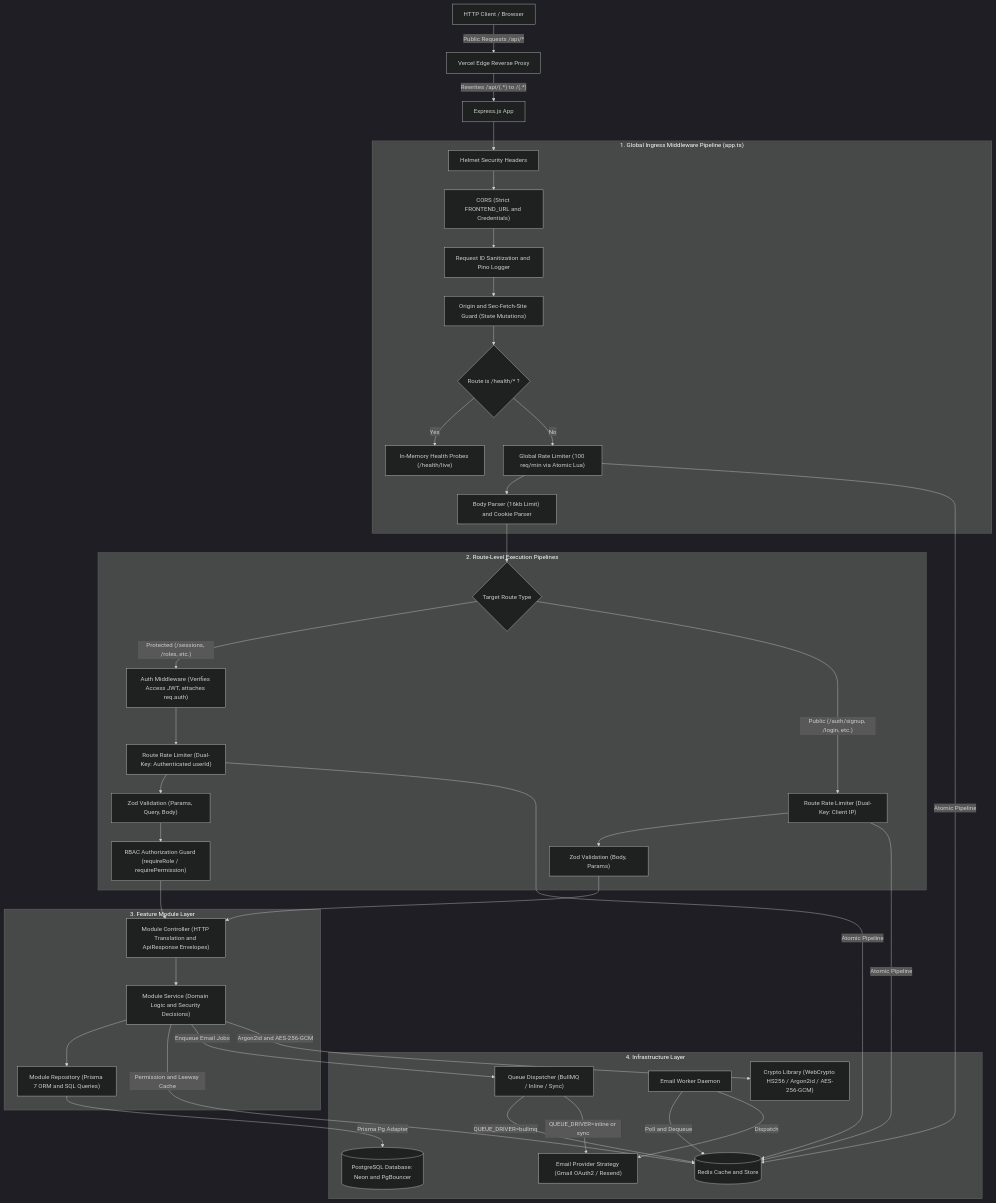
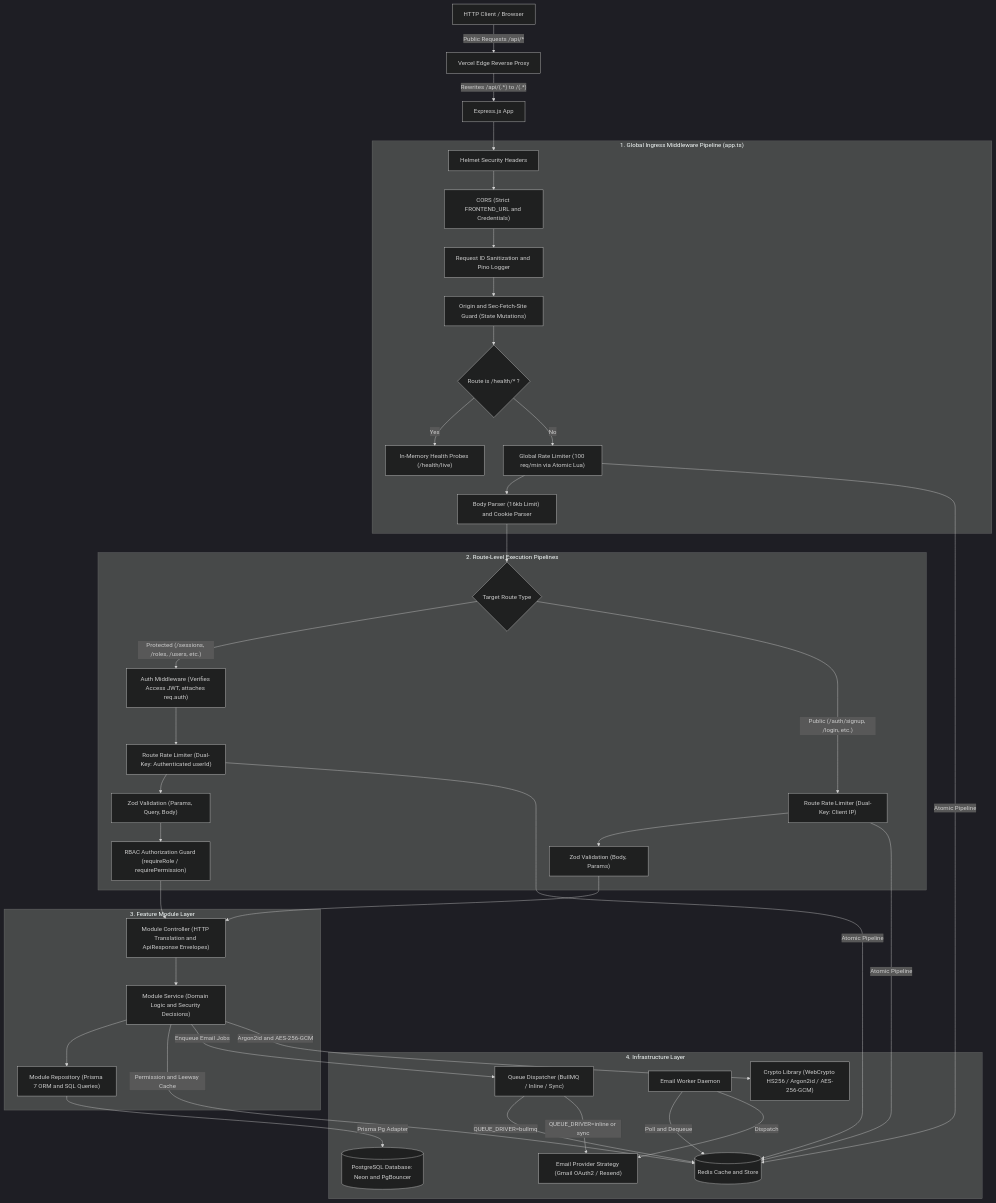
Before and after one commit to utkarshj014/authsphere: the first of 9 diagrams in docs/ARCHITECTURE.md, drawn with Mermaid (dark theme). The commit also changed other lines of this file and 23 other files, not shown here.

````diff
--- a/docs/ARCHITECTURE.md
+++ b/docs/ARCHITECTURE.md
@@ -56,80 +56,80 @@
 ```mermaid
 flowchart TD
     Client["HTTP Client / Browser"] -->|"Public Requests /api/*"| Vercel["Vercel Edge Reverse Proxy"]
     Vercel -->|"Rewrites /api/(.*) to /(.*)"| Express["Express.js App"]
 
     subgraph GlobalPipeline ["1. Global Ingress Middleware Pipeline (app.ts)"]
         Helmet["Helmet Security Headers"]
         CORS["CORS (Strict FRONTEND_URL and Credentials)"]
         ReqID["Request ID Sanitization and Pino Logger"]
         OriginGuard["Origin and Sec-Fetch-Site Guard (State Mutations)"]
         HealthBypass{"Route is /health/* ?"}
         HealthHandler["In-Memory Health Probes (/health/live)"]
         GlobalRL["Global Rate Limiter (100 req/min via Atomic Lua)"]
         BodyParser["Body Parser (16kb Limit) and Cookie Parser"]
 
         Helmet --> CORS
         CORS --> ReqID
         ReqID --> OriginGuard
         OriginGuard --> HealthBypass
         HealthBypass -->|"Yes"| HealthHandler
         HealthBypass -->|"No"| GlobalRL
         GlobalRL --> BodyParser
     end
 
     subgraph RoutePipelines ["2. Route-Level Execution Pipelines"]
         Router{"Target Route Type"}
 
         AuthGuard["Auth Middleware (Verifies Access JWT, attaches req.auth)"]
         UserRL["Route Rate Limiter (Dual-Key: Authenticated userId)"]
         ZodValProtected["Zod Validation (Params, Query, Body)"]
         RBACGuard["RBAC Authorization Guard (requireRole / requirePermission)"]
 
         IPRL["Route Rate Limiter (Dual-Key: Client IP)"]
         ZodValPublic["Zod Validation (Body, Params)"]
 
-        Router -->|"Protected (/sessions, /roles, etc.)"| AuthGuard
+        Router -->|"Protected (/sessions, /roles, /users, etc.)"| AuthGuard
         AuthGuard --> UserRL
         UserRL --> ZodValProtected
         ZodValProtected --> RBACGuard
 
         Router -->|"Public (/auth/signup, /login, etc.)"| IPRL
         IPRL --> ZodValPublic
     end
 
     subgraph FeatureLayer ["3. Feature Module Layer"]
         Controller["Module Controller (HTTP Translation and ApiResponse Envelopes)"]
         Service["Module Service (Domain Logic and Security Decisions)"]
         Repository["Module Repository (Prisma 7 ORM and SQL Queries)"]
 
         Controller --> Service
         Service --> Repository
     end
 
     subgraph InfraLayer ["4. Infrastructure Layer"]
         Redis[("Redis Cache and Store")]
         QueueSystem["Queue Dispatcher (BullMQ / Inline / Sync)"]
         Worker["Email Worker Daemon"]
         EmailGateway["Email Provider Strategy (Gmail OAuth2 / Resend)"]
         CryptoLib["Crypto Library (WebCrypto HS256 / Argon2id / AES-256-GCM)"]
         Postgres[("PostgreSQL Database: Neon and PgBouncer")]
 
         QueueSystem -->|"QUEUE_DRIVER=bullmq"| Redis
         Worker -->|"Poll and Dequeue"| Redis
         Worker -->|"Dispatch"| EmailGateway
         QueueSystem -->|"QUEUE_DRIVER=inline or sync"| EmailGateway
     end
 
     Express --> Helmet
     BodyParser --> Router
     RBACGuard --> Controller
     ZodValPublic --> Controller
 
     GlobalRL -->|"Atomic Pipeline"| Redis
     UserRL -->|"Atomic Pipeline"| Redis
     IPRL -->|"Atomic Pipeline"| Redis
     Service -->|"Permission and Leeway Cache"| Redis
     Service -->|"Enqueue Email Jobs"| QueueSystem
     Service -->|"Argon2id and AES-256-GCM"| CryptoLib
     Repository -->|"Prisma Pg Adapter"| Postgres
 ```
````
